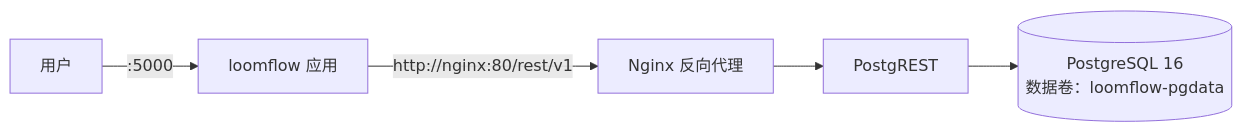
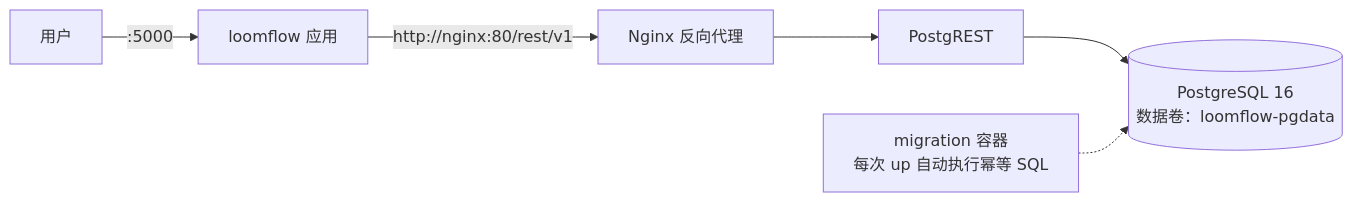
Before and after one commit to banmu123/LoomFlow: the second of 2 diagrams in README.zh-CN.md, drawn with Mermaid. The commit also changed other lines of this file and 1 other file, not shown here.

Commit message:
docs: README 全面同步 v0.1.5 现状——节点数 10→12、部署方式改 Docker Compose、架构图补 Search Registry/migration、目录结构补 search/agent/secrets、SQL 清单补全 8 个文件、health 示例 v0.1.5、删 Drizzle 描述

````diff
--- a/README.zh-CN.md
+++ b/README.zh-CN.md
@@ -128,7 +128,8 @@
 ```mermaid
 flowchart LR
     User["用户"] -->|":5000"| App["loomflow 应用"]
     App -->|"http://nginx:80/rest/v1"| Nginx["Nginx 反向代理"]
     Nginx --> PostgREST["PostgREST"]
     PostgREST --> PG[("PostgreSQL 16<br/>数据卷：loomflow-pgdata")]
+    Mig["migration 容器<br/>每次 up 自动执行幂等 SQL"] -.-> PG
 ```
````
